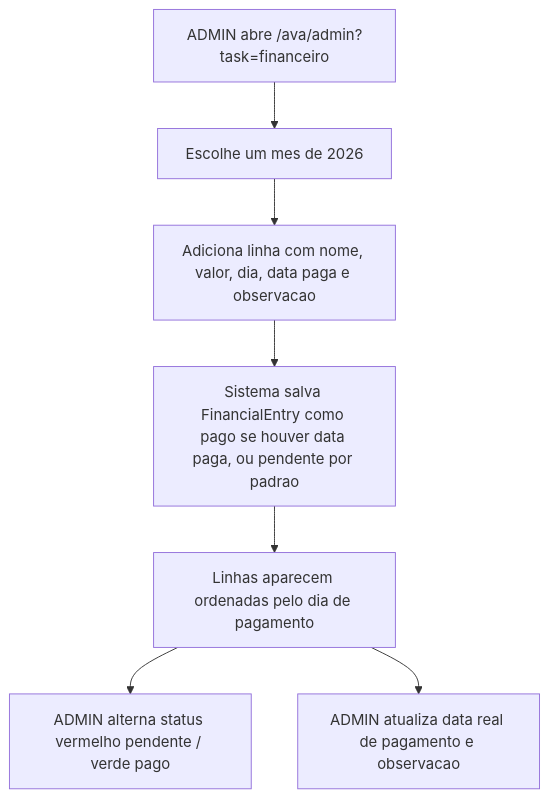
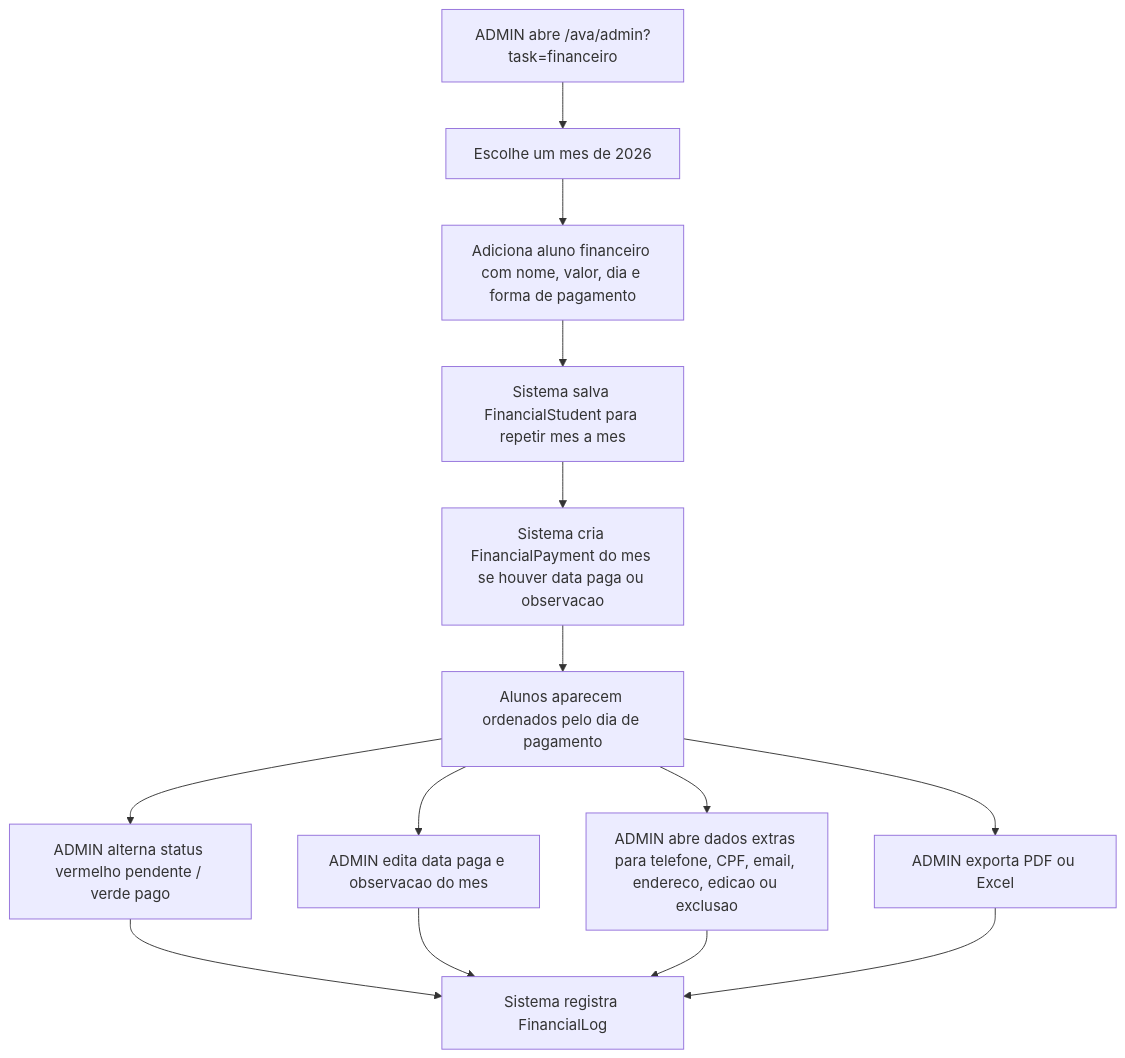
Before and after one commit to WilliYY/Candy-English: the ninth of 14 diagrams in docs/fluxos-ava.md, drawn with Mermaid. The commit also changed other lines of this file and 12 other files, not shown here.

````diff
--- a/docs/fluxos-ava.md
+++ b/docs/fluxos-ava.md
@@ -190,9 +190,16 @@
 ```mermaid
 flowchart TD
   A["ADMIN abre /ava/admin?task=financeiro"] --> B["Escolhe um mes de 2026"]
-  B --> C["Adiciona linha com nome, valor, dia, data paga e observacao"]
-  C --> D["Sistema salva FinancialEntry como pago se houver data paga, ou pendente por padrao"]
-  D --> E["Linhas aparecem ordenadas pelo dia de pagamento"]
-  E --> F["ADMIN alterna status vermelho pendente / verde pago"]
-  E --> G["ADMIN atualiza data real de pagamento e observacao"]
+  B --> C["Adiciona aluno financeiro com nome, valor, dia e forma de pagamento"]
+  C --> D["Sistema salva FinancialStudent para repetir mes a mes"]
+  D --> E["Sistema cria FinancialPayment do mes se houver data paga ou observacao"]
+  E --> F["Alunos aparecem ordenados pelo dia de pagamento"]
+  F --> G["ADMIN alterna status vermelho pendente / verde pago"]
+  F --> H["ADMIN edita data paga e observacao do mes"]
+  F --> I["ADMIN abre dados extras para telefone, CPF, email, endereco, edicao ou exclusao"]
+  F --> J["ADMIN exporta PDF ou Excel"]
+  G --> K["Sistema registra FinancialLog"]
+  H --> K
+  I --> K
+  J --> K
 ```
````
